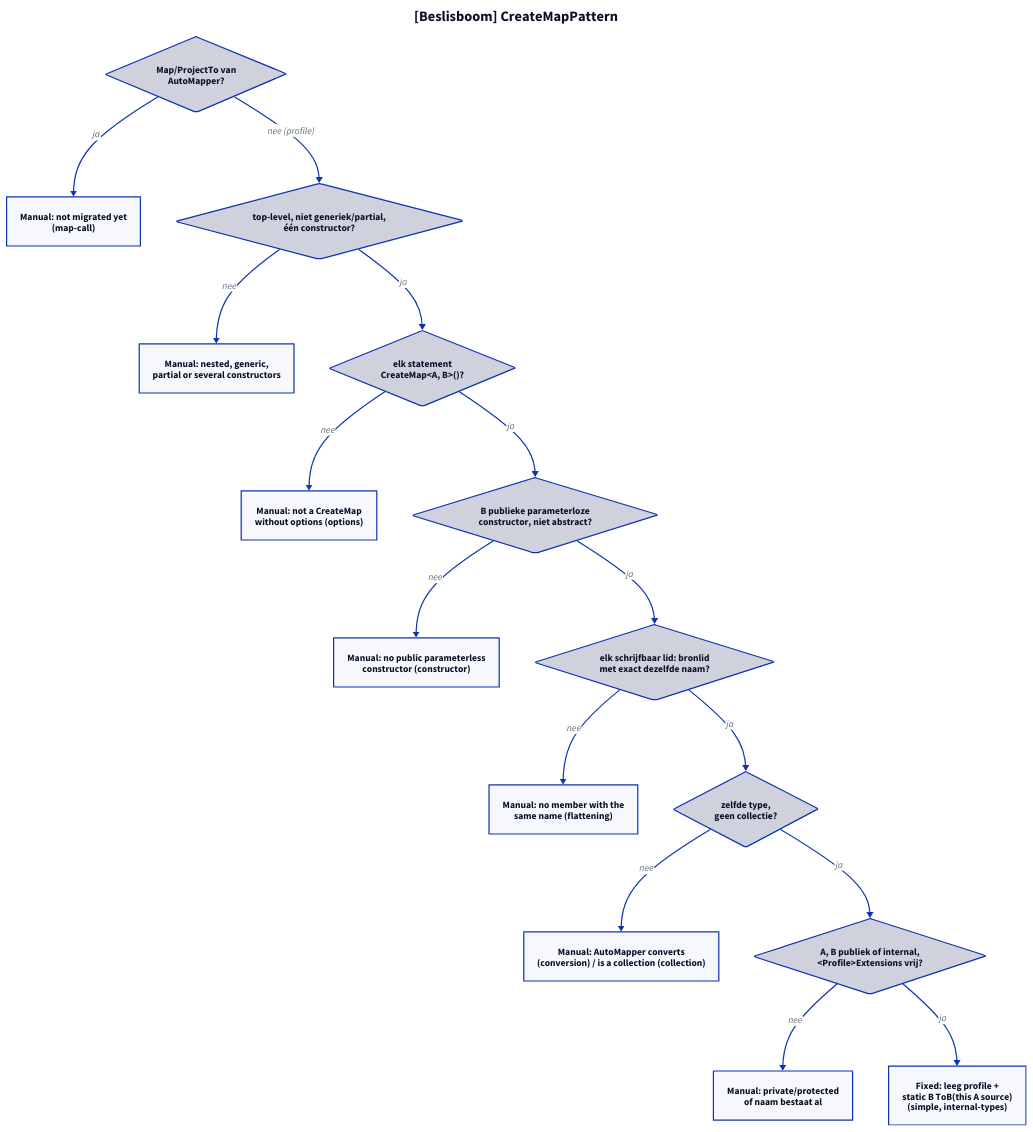
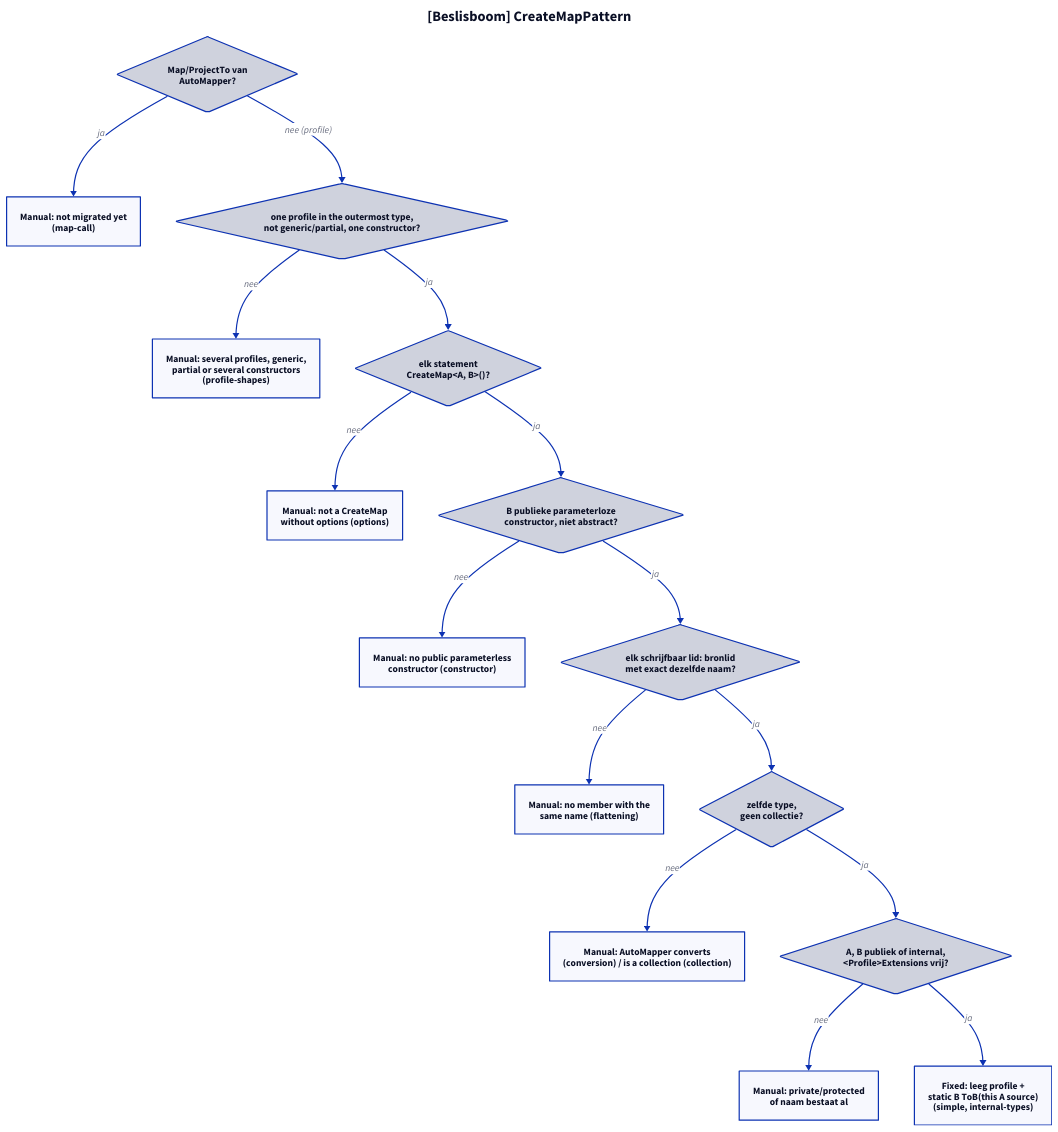
One commit to ATkingma/unshackle changed the diagram in docs/projectinfo/patterns/img/automapper-create-map-modellen-3.d2. Above: the diagram before and after it, drawn with D2. The commit also changed 50 other files, not shown here.

First line of the commit message:
Rewrite AutoMapper profiles nested in a DTO and expression-bodied profile constructors

```diff
--- a/docs/projectinfo/patterns/img/automapper-create-map-modellen-3.d2
+++ b/docs/projectinfo/patterns/img/automapper-create-map-modellen-3.d2
@@ -1,31 +1,31 @@
 title: "[Beslisboom] CreateMapPattern" {shape: text; near: top-center; style: {font-size: 24; bold: true}}
 direction: down
 q0: "Map/ProjectTo van\nAutoMapper?" {shape: diamond}
 m0: "Manual: not migrated yet\n(map-call)"
-q1: "top-level, niet generiek/partial,\néén constructor?" {shape: diamond}
-m1: "Manual: nested, generic,\npartial or several constructors"
+q1: "one profile in the outermost type,\nnot generic/partial, one constructor?" {shape: diamond}
+m1: "Manual: several profiles, generic,\npartial or several constructors\n(profile-shapes)"
 q2: "elk statement\nCreateMap<A, B>()?" {shape: diamond}
 m2: "Manual: not a CreateMap\nwithout options (options)"
 q3: "B publieke parameterloze\nconstructor, niet abstract?" {shape: diamond}
 m3: "Manual: no public parameterless\nconstructor (constructor)"
 q4: "elk schrijfbaar lid: bronlid\nmet exact dezelfde naam?" {shape: diamond}
 m4: "Manual: no member with the\nsame name (flattening)"
 q5: "zelfde type,\ngeen collectie?" {shape: diamond}
 m5: "Manual: AutoMapper converts\n(conversion) / is a collection (collection)"
 q6: "A, B publiek of internal,\n<Profile>Extensions vrij?" {shape: diamond}
 m6: "Manual: private/protected\nof naam bestaat al"
 f: "Fixed: leeg profile +\nstatic B ToB(this A source)\n(simple, internal-types)"
 q0 -> m0: ja
 q0 -> q1: "nee (profile)"
 q1 -> m1: nee
 q1 -> q2: ja
 q2 -> m2: nee
 q2 -> q3: ja
 q3 -> m3: nee
 q3 -> q4: ja
 q4 -> m4: nee
 q4 -> q5: ja
 q5 -> m5: nee
 q5 -> q6: ja
 q6 -> m6: nee
 q6 -> f: ja
```
